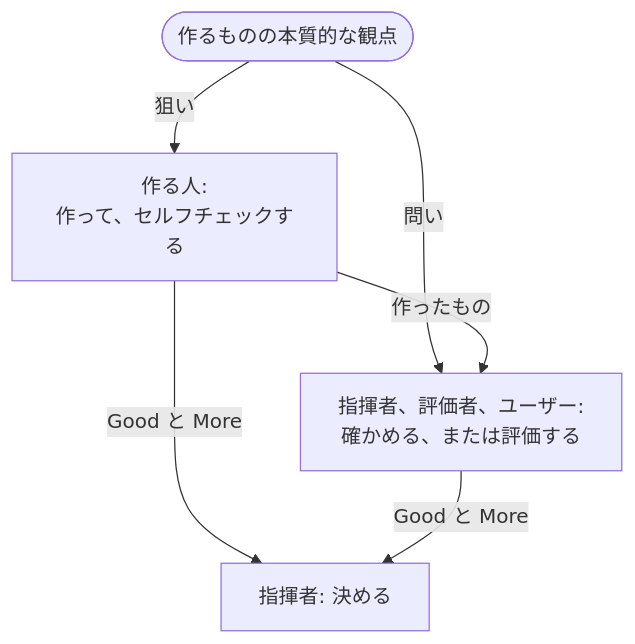
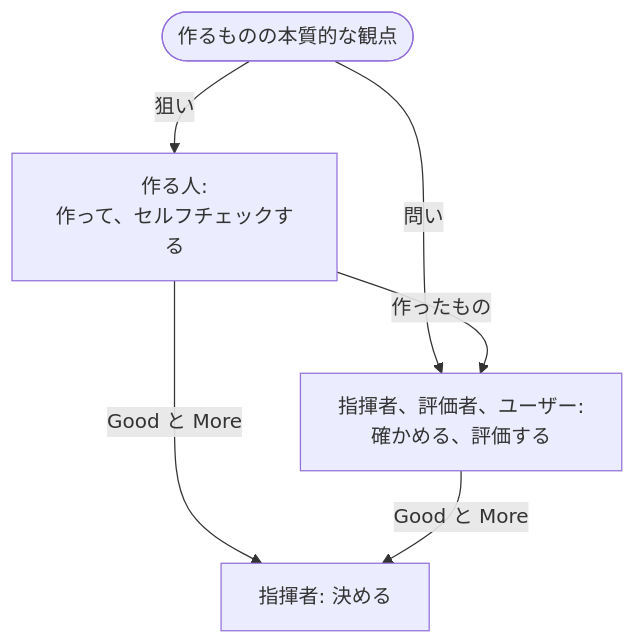
The sixth of 6 diagrams in rn/docs/design.md (lovaizu/ccpm), drawn with Mermaid before and after one commit. The commit also changed other lines of this file, not shown here.

Commit message:
docs(rn): design.md (Japanese, for review) — every actor drawn with what passes between them; session flow before the generic cycle; essentials and decisions as items

````diff
--- a/rn/docs/design.md
+++ b/rn/docs/design.md
@@ -135,12 +209,12 @@
 ```mermaid
 flowchart TD
     E(["作るものの本質的な観点"])
     M["作る人:<br/>作って、セルフチェックする"]
-    V["指揮者、評価者、ユーザー:<br/>確かめる、または評価する"]
+    V["指揮者、評価者、ユーザー:<br/>確かめる、評価する"]
     C["指揮者: 決める"]
-    E -->|狙い| M
-    E -->|問い| V
-    M -->|作ったもの| V
-    M -->|Good と More| C
-    V -->|Good と More| C
+    E -->|"狙い"| M
+    E -->|"問い"| V
+    M -->|"作ったもの"| V
+    M -->|"Good と More"| C
+    V -->|"Good と More"| C
 ```
````
